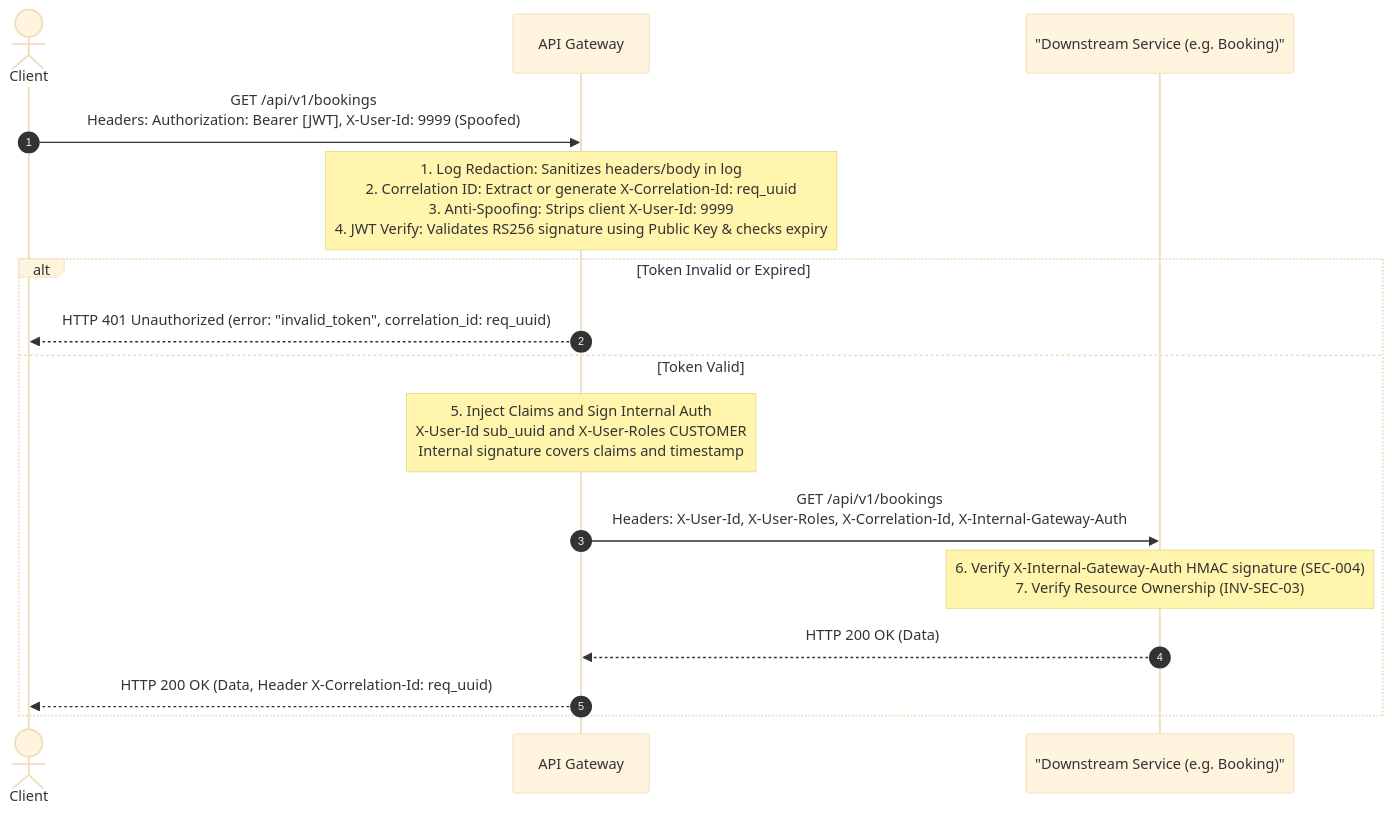
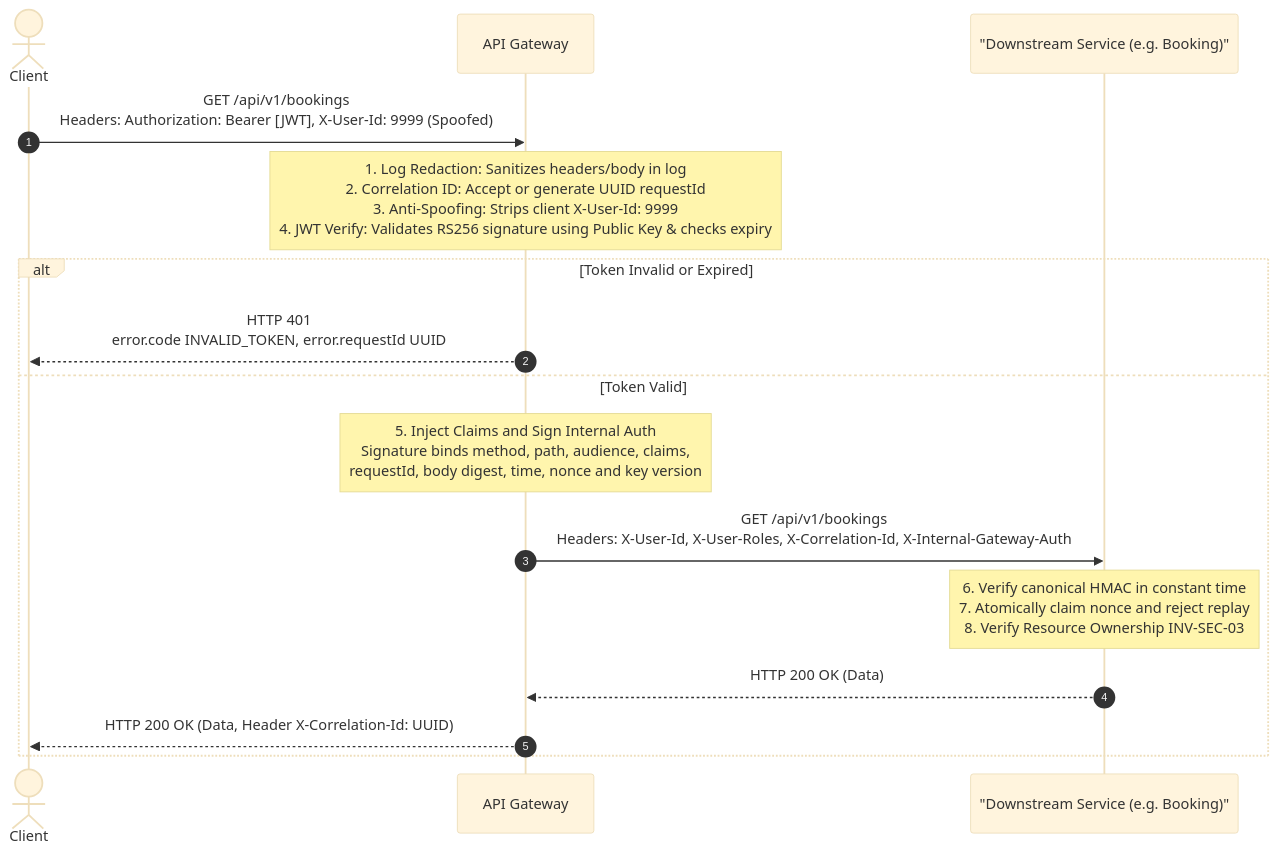
One commit to vanphutin/movie-ticket-booking-app changed the first of 5 diagrams in AI-contracts/designs/2026-07-28-tkt-w04-d03-design.md. Above: the diagram before and after it, drawn with Mermaid (base theme). The commit also changed other lines of this file and 2 other files, not shown here.

````diff
--- a/AI-contracts/designs/2026-07-28-tkt-w04-d03-design.md
+++ b/AI-contracts/designs/2026-07-28-tkt-w04-d03-design.md
@@ -173,19 +189,19 @@
   ```mermaid
   sequenceDiagram
       autonumber
       actor Client
       participant Gateway as API Gateway
       participant Service as "Downstream Service (e.g. Booking)"
 
       Client->>Gateway: GET /api/v1/bookings<br/>Headers: Authorization: Bearer [JWT], X-User-Id: 9999 (Spoofed)
-      Note over Gateway: 1. Log Redaction: Sanitizes headers/body in log<br/>2. Correlation ID: Extract or generate X-Correlation-Id: req_uuid<br/>3. Anti-Spoofing: Strips client X-User-Id: 9999<br/>4. JWT Verify: Validates RS256 signature using Public Key & checks expiry
+      Note over Gateway: 1. Log Redaction: Sanitizes headers/body in log<br/>2. Correlation ID: Accept or generate UUID requestId<br/>3. Anti-Spoofing: Strips client X-User-Id: 9999<br/>4. JWT Verify: Validates RS256 signature using Public Key & checks expiry
       alt Token Invalid or Expired
-          Gateway-->>Client: HTTP 401 Unauthorized (error: "invalid_token", correlation_id: req_uuid)
+          Gateway-->>Client: HTTP 401<br/>error.code INVALID_TOKEN, error.requestId UUID
       else Token Valid
-          Note over Gateway: 5. Inject Claims and Sign Internal Auth<br/>X-User-Id sub_uuid and X-User-Roles CUSTOMER<br/>Internal signature covers claims and timestamp
+          Note over Gateway: 5. Inject Claims and Sign Internal Auth<br/>Signature binds method, path, audience, claims,<br/>requestId, body digest, time, nonce and key version
           Gateway->>Service: GET /api/v1/bookings<br/>Headers: X-User-Id, X-User-Roles, X-Correlation-Id, X-Internal-Gateway-Auth
-          Note over Service: 6. Verify X-Internal-Gateway-Auth HMAC signature (SEC-004)<br/>7. Verify Resource Ownership (INV-SEC-03)
+          Note over Service: 6. Verify canonical HMAC in constant time<br/>7. Atomically claim nonce and reject replay<br/>8. Verify Resource Ownership INV-SEC-03
           Service-->>Gateway: HTTP 200 OK (Data)
-          Gateway-->>Client: HTTP 200 OK (Data, Header X-Correlation-Id: req_uuid)
+          Gateway-->>Client: HTTP 200 OK (Data, Header X-Correlation-Id: UUID)
       end
   ```
````
